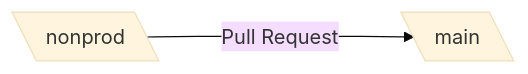
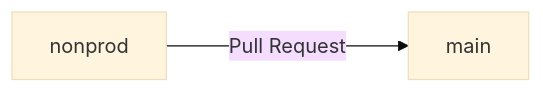
Before and after one commit to mednax-it/Omniparser_Schemas: the diagram in README.md, drawn with Mermaid (base theme).

````diff
--- a/README.md
+++ b/README.md
@@ -6,4 +6,4 @@
 ```mermaid
 graph LR;
-    branch1[\  nonprod  \] -- Pull Request ---> branch2[\  main  \]
+    branch1[nonprod] -- Pull Request ---> branch2[main]
 ```
````
